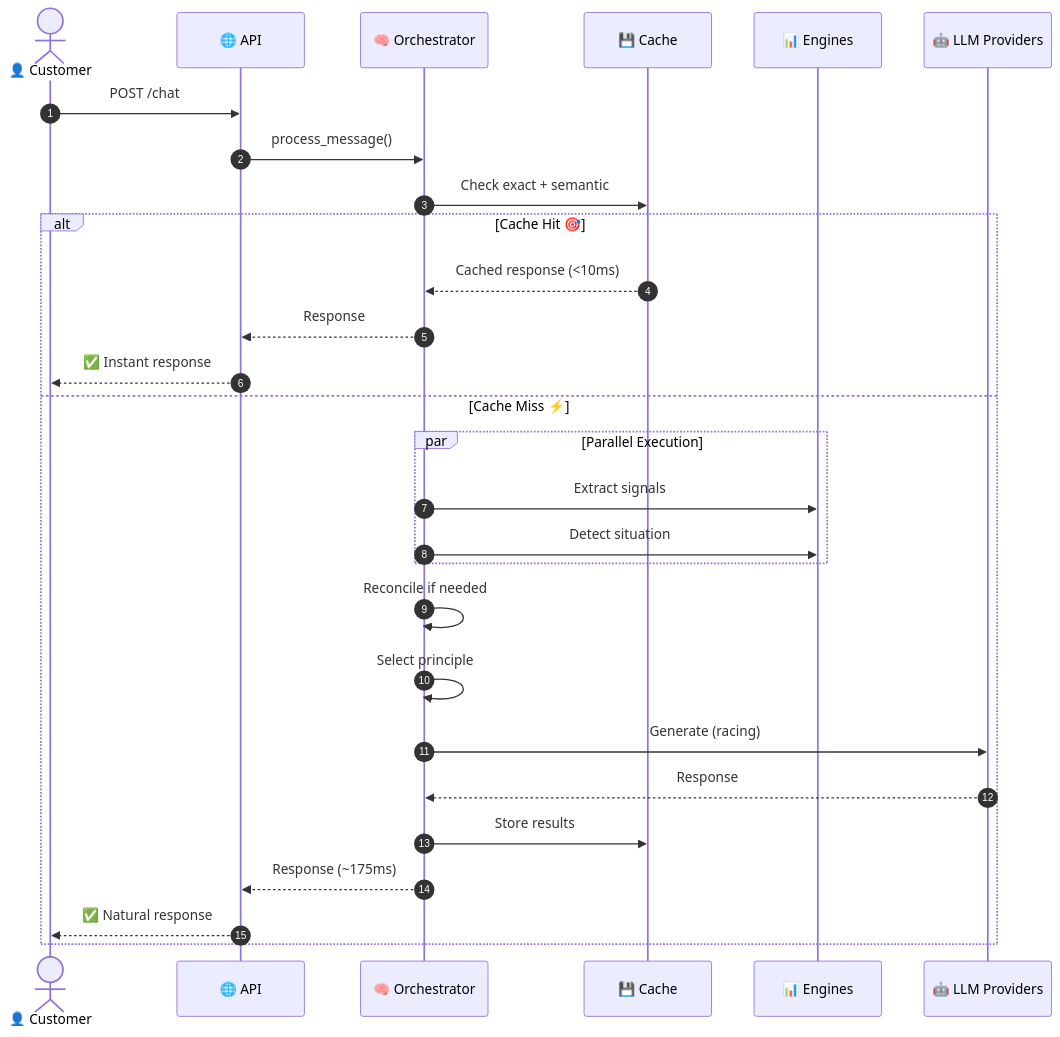
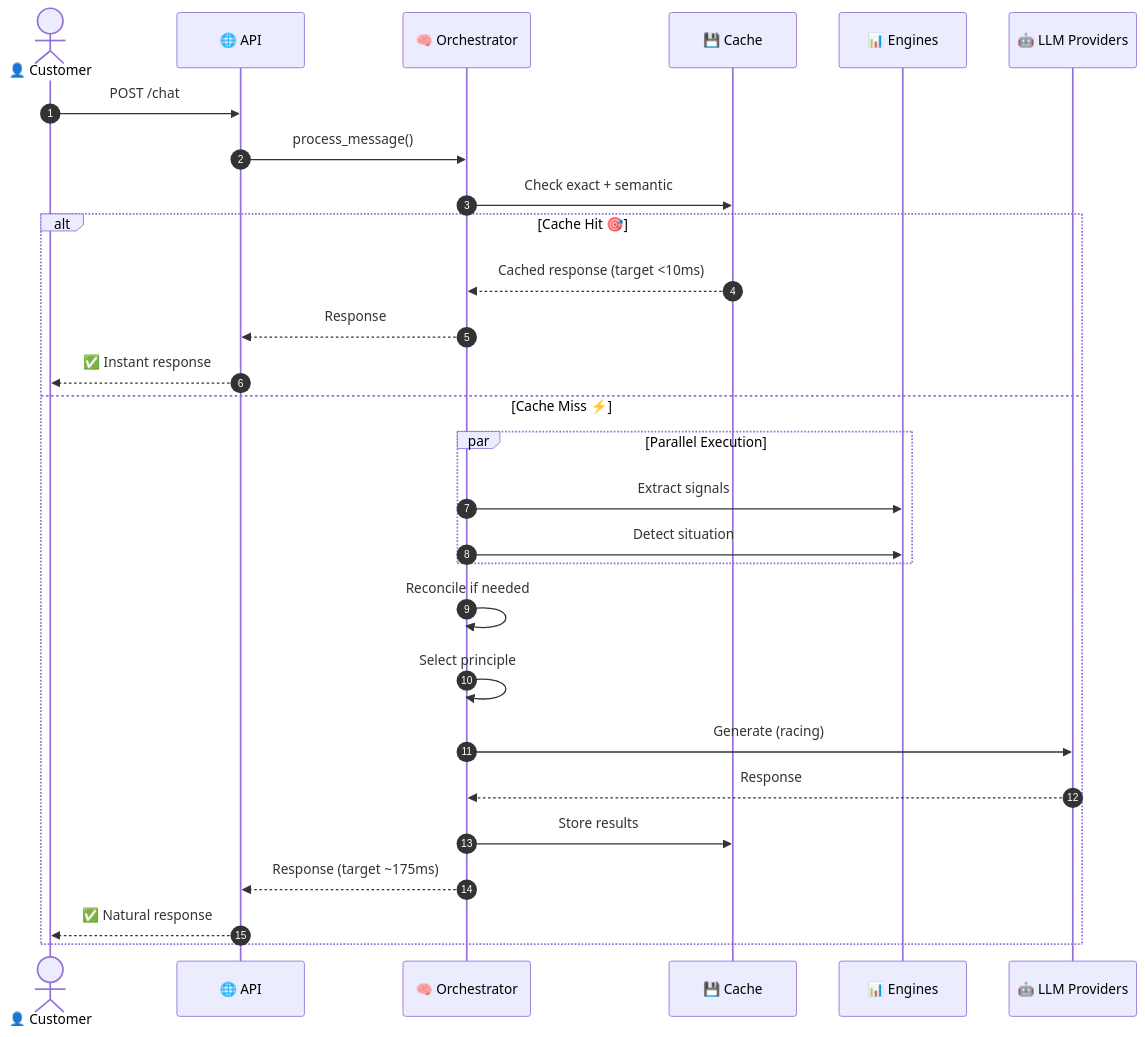
One commit to kjayashr/deal-closer changed the fifth of 5 diagrams in README.md. Above: the diagram before and after it, drawn with Mermaid. The commit also changed other lines of this file and 3 other files, not shown here.

````diff
--- a/README.md
+++ b/README.md
@@ -243,32 +278,32 @@
 ```mermaid
 sequenceDiagram
     autonumber
     actor 👤 Customer
     participant 🌐 API
     participant 🧠 Orchestrator
     participant 💾 Cache
     participant 📊 Engines
     participant 🤖 LLM Providers
 
     👤 Customer->>🌐 API: POST /chat
     🌐 API->>🧠 Orchestrator: process_message()
     🧠 Orchestrator->>💾 Cache: Check exact + semantic
     
     alt Cache Hit 🎯
-        💾 Cache-->>🧠 Orchestrator: Cached response (<10ms)
+        💾 Cache-->>🧠 Orchestrator: Cached response (target <10ms)
         🧠 Orchestrator-->>🌐 API: Response
         🌐 API-->>👤 Customer: ✅ Instant response
     else Cache Miss ⚡
         par Parallel Execution
             🧠 Orchestrator->>📊 Engines: Extract signals
             🧠 Orchestrator->>📊 Engines: Detect situation
         end
         🧠 Orchestrator->>🧠 Orchestrator: Reconcile if needed
         🧠 Orchestrator->>🧠 Orchestrator: Select principle
         🧠 Orchestrator->>🤖 LLM Providers: Generate (racing)
         🤖 LLM Providers-->>🧠 Orchestrator: Response
         🧠 Orchestrator->>💾 Cache: Store results
-        🧠 Orchestrator-->>🌐 API: Response (~175ms)
+        🧠 Orchestrator-->>🌐 API: Response (target ~175ms)
         🌐 API-->>👤 Customer: ✅ Natural response
     end
 ```
````
